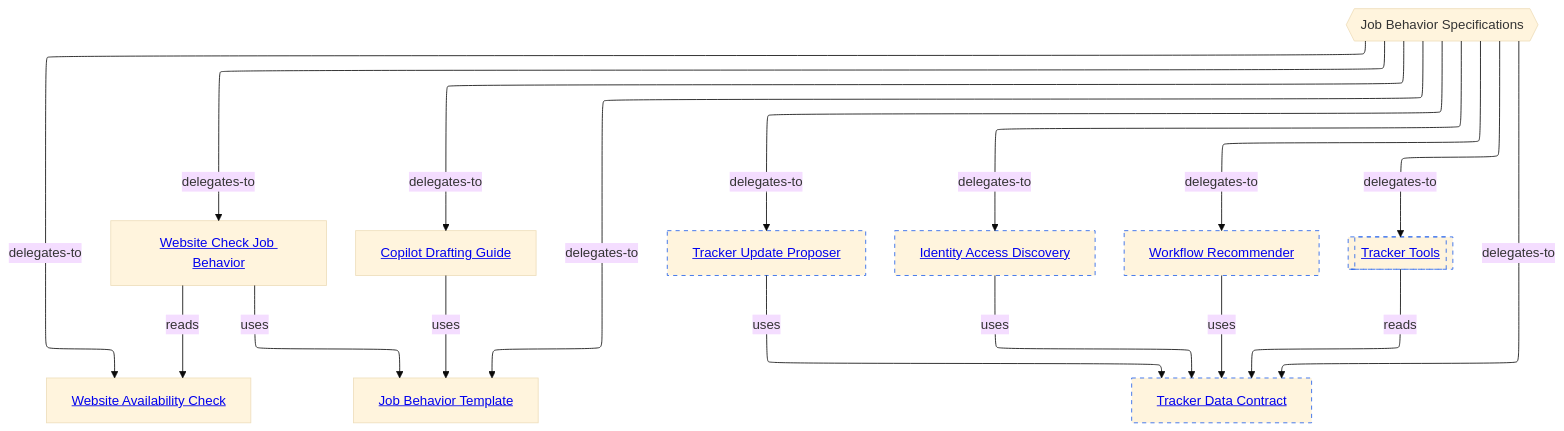
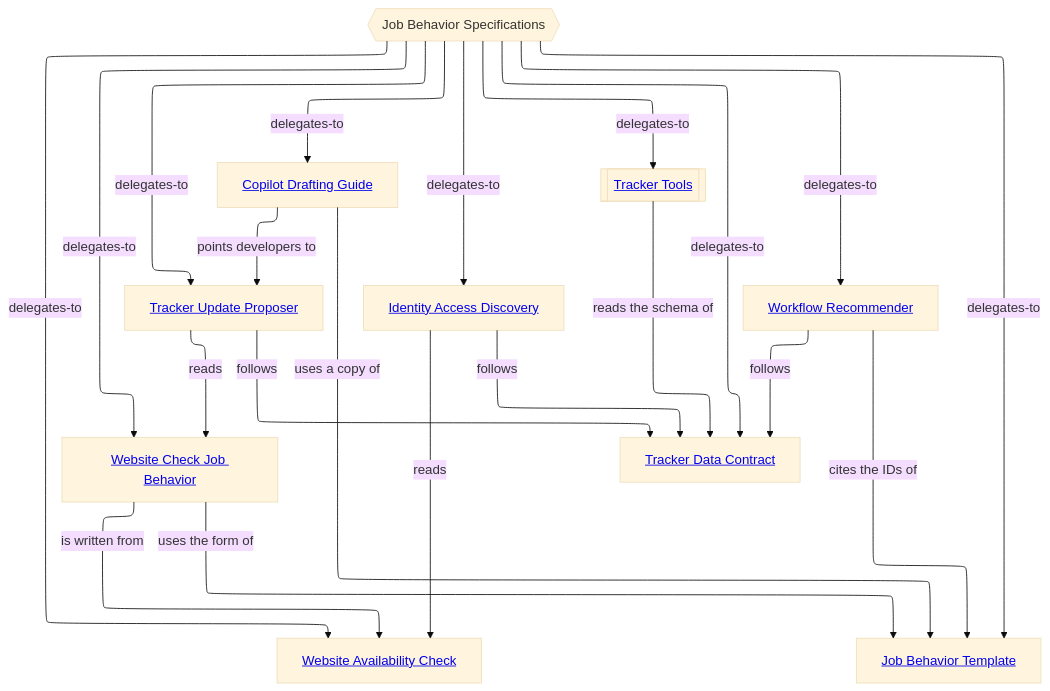
One commit to vrparthasarathy/migration-job-discovery changed the diagram in README.md. Above: the diagram before and after it, drawn with Mermaid (base theme). The commit also changed other lines of this file and 117 other files, not shown here.

Commit message:
Build Job Behavior Specifications.

````diff
--- a/README.md
+++ b/README.md
@@ -103,35 +38,38 @@
 ```mermaid
 ---
 config:
   layout: elk
 ---
 %%{init: {"securityLevel": "loose"}}%%
 flowchart TB
   root{{"Job Behavior Specifications"}}
   check["<a href='website-availability-check/README.md#diagram'>Website Availability Check</a>"]
-  tmpl["<a href='job-behavior-template/README.md#planned-diagram'>Job Behavior Template</a>"]
-  ref["<a href='website-check-job-behavior/README.md#planned-diagram'>Website Check Job Behavior</a>"]
-  guide["<a href='copilot-drafting-guide/README.md#planned-diagram'>Copilot Drafting Guide</a>"]
-  contract["<a href='tracker-data-contract/README.md#planned-diagram'>Tracker Data Contract</a>"]:::planned
-  proposer["<a href='tracker-update-proposer/README.md#planned-diagram'>Tracker Update Proposer</a>"]:::planned
-  access["<a href='identity-access-discovery/README.md#planned-diagram'>Identity Access Discovery</a>"]:::planned
-  recommender["<a href='workflow-recommender/README.md#planned-diagram'>Workflow Recommender</a>"]:::planned
-  tools[["<a href='tracker-tools/README.md#planned-diagram'>Tracker Tools</a>"]]:::planned
+  tmpl["<a href='job-behavior-template/README.md#diagram'>Job Behavior Template</a>"]
+  ref["<a href='website-check-job-behavior/README.md#diagram'>Website Check Job Behavior</a>"]
+  guide["<a href='copilot-drafting-guide/README.md#diagram'>Copilot Drafting Guide</a>"]
+  contract["<a href='tracker-data-contract/README.md#diagram'>Tracker Data Contract</a>"]
+  proposer["<a href='tracker-update-proposer/README.md#diagram'>Tracker Update Proposer</a>"]
+  access["<a href='identity-access-discovery/README.md#diagram'>Identity Access Discovery</a>"]
+  recommender["<a href='workflow-recommender/README.md#diagram'>Workflow Recommender</a>"]
+  tools[["<a href='tracker-tools/README.md#diagram'>Tracker Tools</a>"]]
   root -->|delegates-to| check
   root -->|delegates-to| tmpl
   root -->|delegates-to| ref
   root -->|delegates-to| guide
   root -->|delegates-to| contract
   root -->|delegates-to| proposer
   root -->|delegates-to| access
   root -->|delegates-to| recommender
   root -->|delegates-to| tools
-  ref -->|"uses"| tmpl
-  guide -->|"uses"| tmpl
-  ref -->|"reads"| check
-  proposer -->|"uses"| contract
-  access -->|"uses"| contract
-  recommender -->|"uses"| contract
-  tools -->|"reads"| contract
-  classDef planned stroke-dasharray: 5 5,stroke:#2563eb
+  ref -->|"uses the form of"| tmpl
+  ref -->|"is written from"| check
+  guide -->|"uses a copy of"| tmpl
+  guide -->|"points developers to"| proposer
+  proposer -->|"follows"| contract
+  access -->|"follows"| contract
+  recommender -->|"follows"| contract
+  tools -->|"reads the schema of"| contract
+  proposer -->|"reads"| ref
+  access -->|"reads"| check
+  recommender -->|"cites the IDs of"| tmpl
 ```
````
